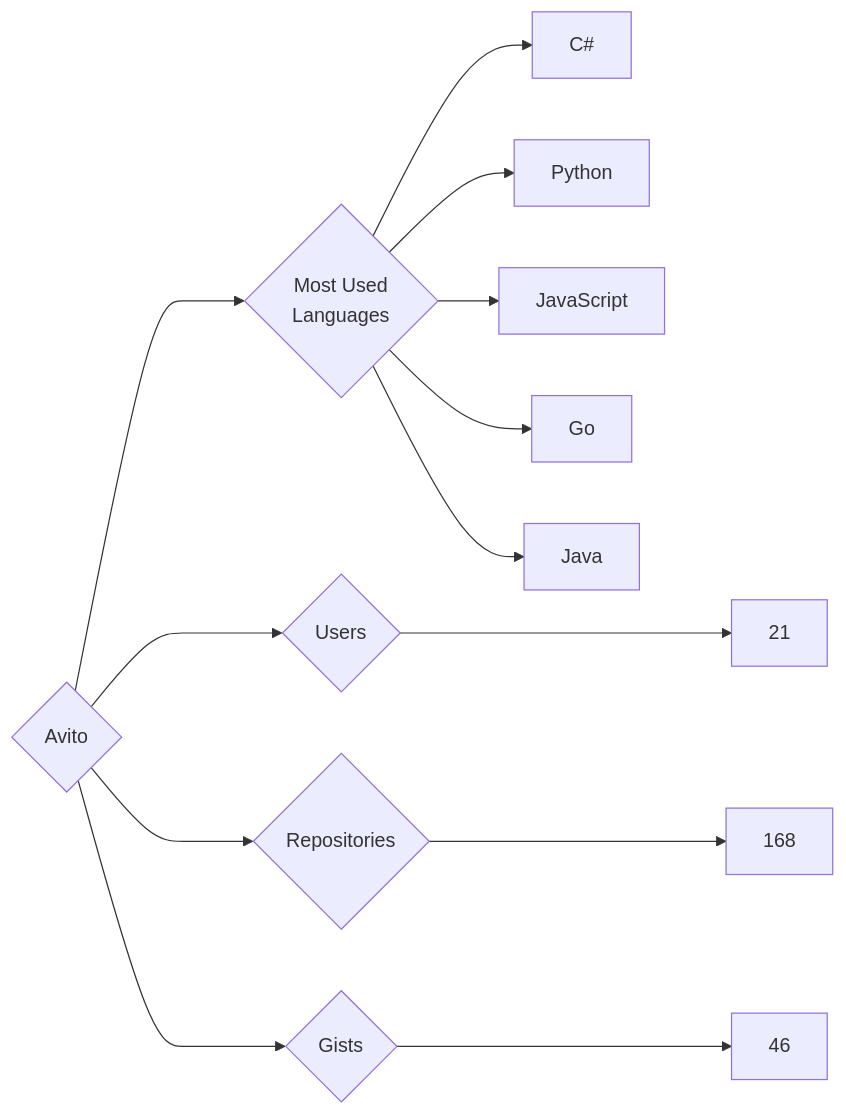
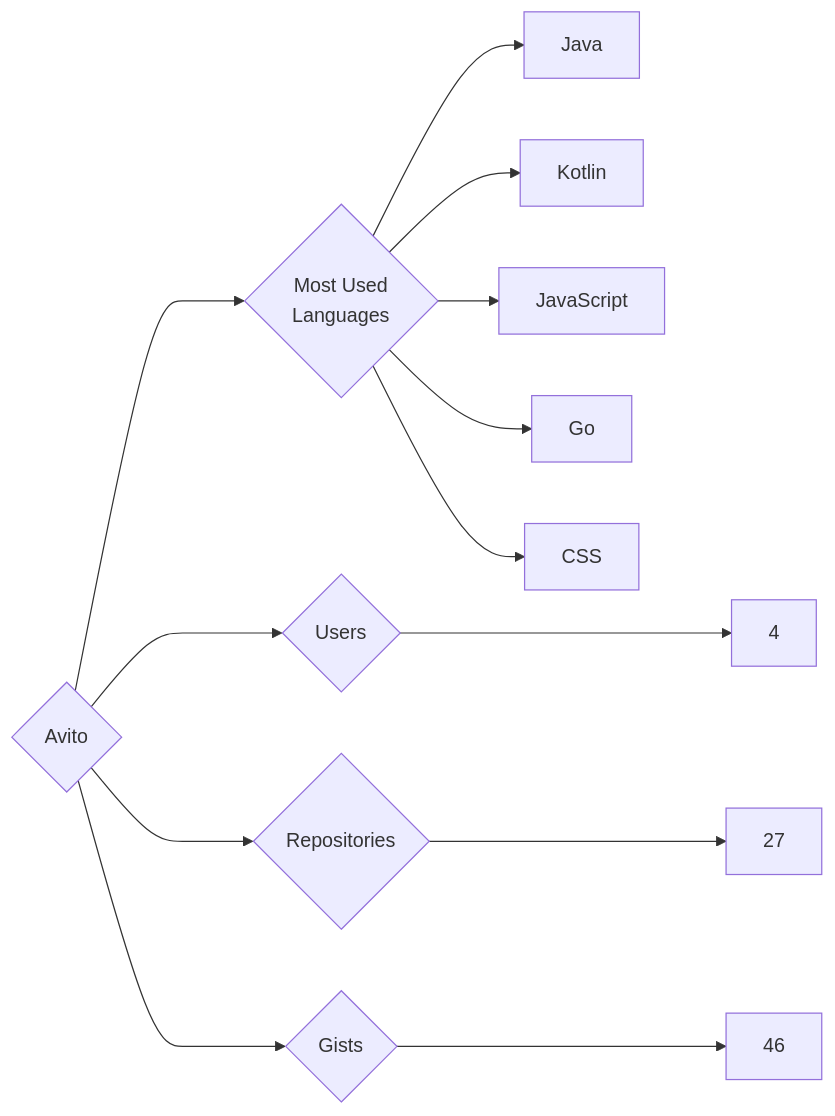
One commit to trickest/insiders changed the diagram in targets/Avito/README.md. Above: the diagram before and after it, drawn with Mermaid. The commit also changed 553 other files, not shown here.

````diff
--- a/targets/Avito/README.md
+++ b/targets/Avito/README.md
@@ -3,13 +3,13 @@
 ```mermaid
 graph LR
 COMPANY_NAME{Avito}
-COMPANY_NAME ---> U{Users} ---> UN[21]
-COMPANY_NAME ---> R{Repositories} ---> RN[168]
+COMPANY_NAME ---> U{Users} ---> UN[4]
+COMPANY_NAME ---> R{Repositories} ---> RN[27]
 COMPANY_NAME ---> G{Gists} ---> GN[46]
 COMPANY_NAME ---> ML{Most Used<br>Languages}
-ML --> C#[C#]
-ML --> Python[Python]
+ML --> Java[Java]
+ML --> Kotlin[Kotlin]
 ML --> JavaScript[JavaScript]
 ML --> Go[Go]
-ML --> Java[Java]
+ML --> CSS[CSS]
 ```
````
